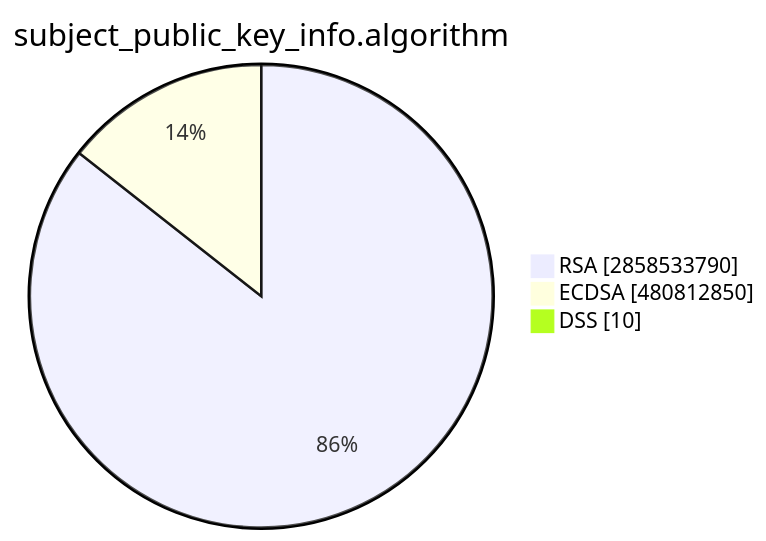
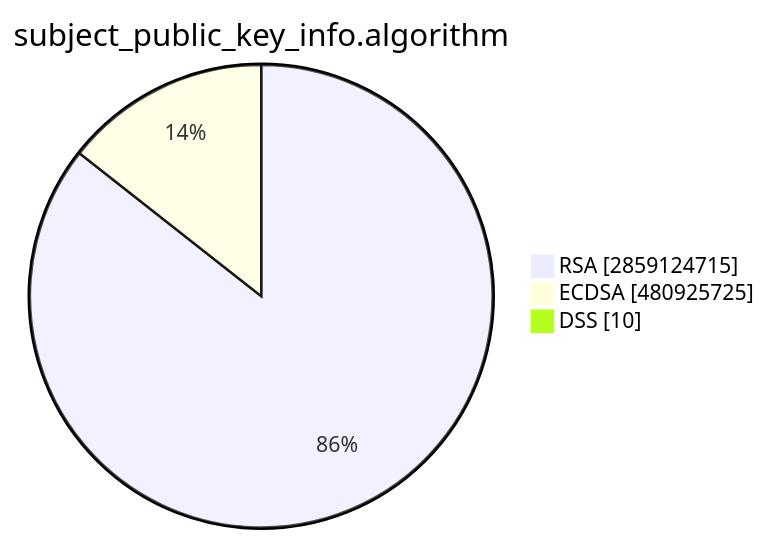
Before and after one commit to christiankrug/ctmonitor_visualization: the second of 15 diagrams in TOTAL/README.md, drawn with Mermaid. The commit also changed other lines of this file, not shown here.

````diff
--- a/TOTAL/README.md
+++ b/TOTAL/README.md
@@ -6,7 +6,7 @@
 ```mermaid
 pie showData
 title subject_public_key_info.algorithm
-"RSA" :2858533790
-"ECDSA" :480812850
+"RSA" :2859124715
+"ECDSA" :480925725
 "DSS" :10
 ```
````
